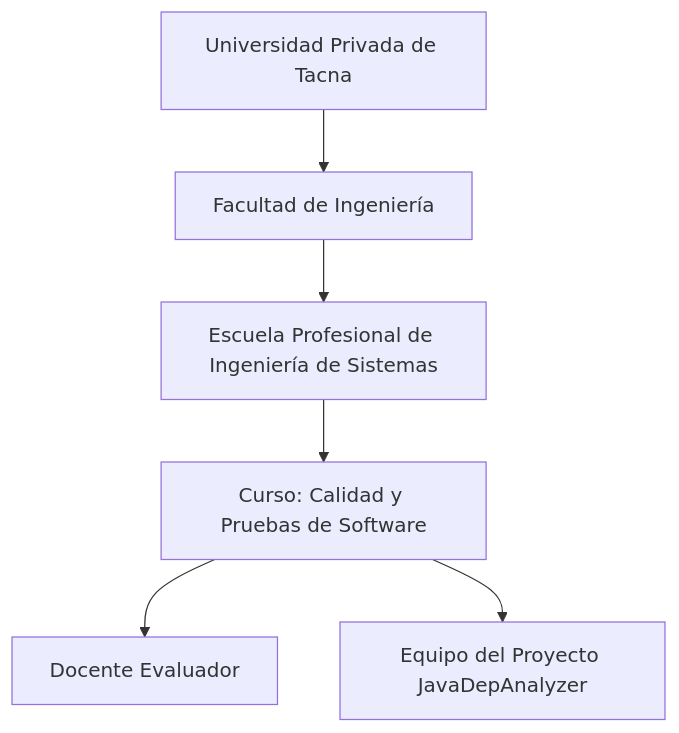
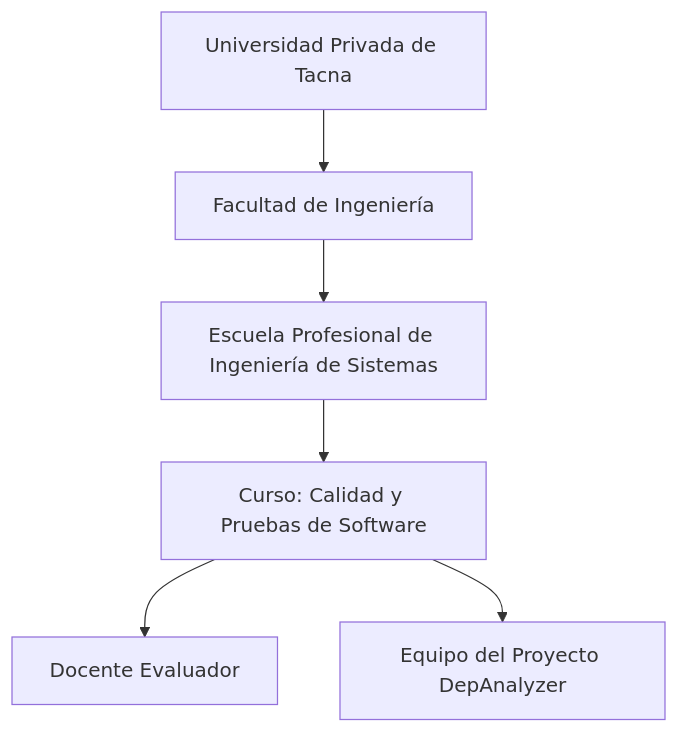
The first of 8 diagrams in docs/FD03-EPIS-Informe Especificación Requerimientos.md (UPT-FAING-EPIS/proyecto-si784-2026-i-u1-analizador-de-dependencias), drawn with Mermaid before and after one commit. The commit also changed other lines of this file and 10 other files, not shown here.

````diff
--- a/docs/FD03-EPIS-Informe Especificación Requerimientos.md
+++ b/docs/FD03-EPIS-Informe Especificación Requerimientos.md
@@ -112,8 +112,8 @@
 ```mermaid
 flowchart TD
     UPT[Universidad Privada de Tacna] --> FI[Facultad de Ingeniería]
     FI --> EPIS[Escuela Profesional de Ingeniería de Sistemas]
     EPIS --> CURSO[Curso: Calidad y Pruebas de Software]
     CURSO --> DOC[Docente Evaluador]
-    CURSO --> EQ[Equipo del Proyecto JavaDepAnalyzer]
+    CURSO --> EQ[Equipo del Proyecto DepAnalyzer]
 ```
````
